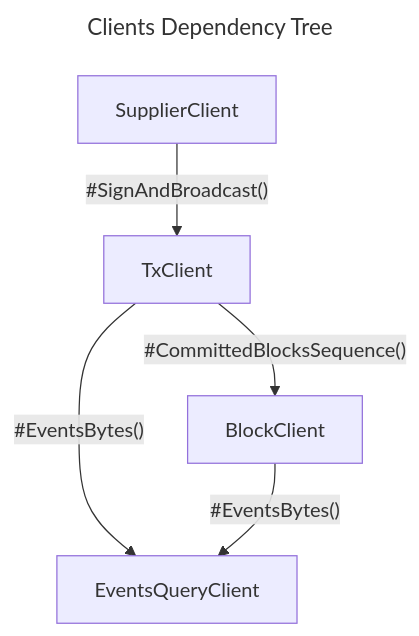
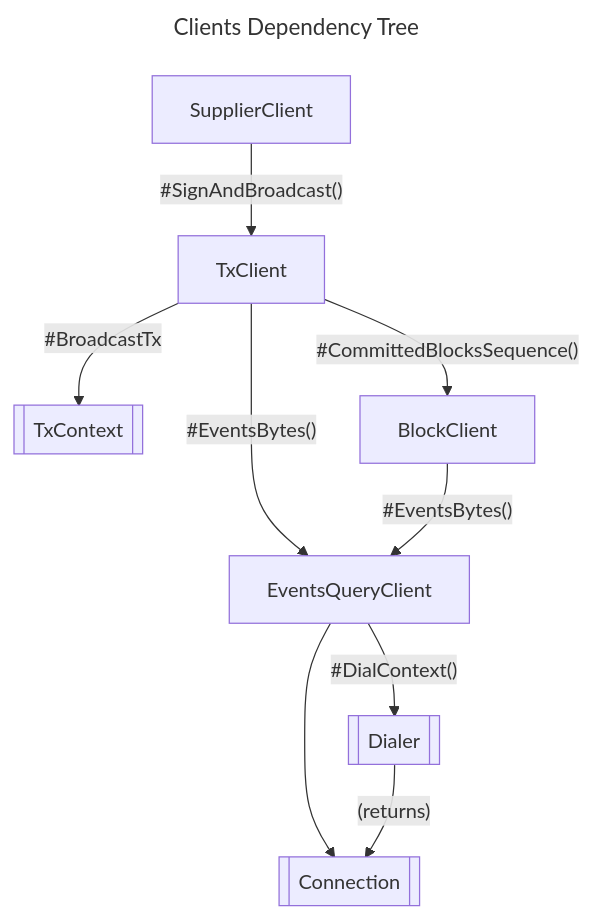
Before and after one commit to pokt-network/poktroll: the second of 3 diagrams in docs/pkg/client/README.md, drawn with Mermaid. The commit also changed other lines of this file, not shown here.

Commit message:
docs: update client README.md

````diff
--- a/docs/pkg/client/README.md
+++ b/docs/pkg/client/README.md
@@ -17,17 +42,24 @@
 ```mermaid
 ---
 title: Clients Dependency Tree
 ---
 flowchart
 
-    sup[SupplierClient]
-    tx[TxClient]
-    bl[BlockClient]
-    evt[EventsQueryClient]
+sup[SupplierClient]
+tx[TxClient]
+txctx[[TxContext]]
+bl[BlockClient]
+evt[EventsQueryClient]
+conn[[Connection]]
+dial[[Dialer]]
 
-    sup --"#SignAndBroadcast()"--> tx
-    
+sup --"#SignAndBroadcast()"--> tx
+
 tx --"#CommittedBlocksSequence()"--> bl
+tx --"#BroadcastTx"--> txctx
 tx --"#EventsBytes()"--> evt
 bl --"#EventsBytes()"--> evt
+evt --> conn
+evt --"#DialContext()"--> dial
+dial --(returns)--> conn
 ```
````
